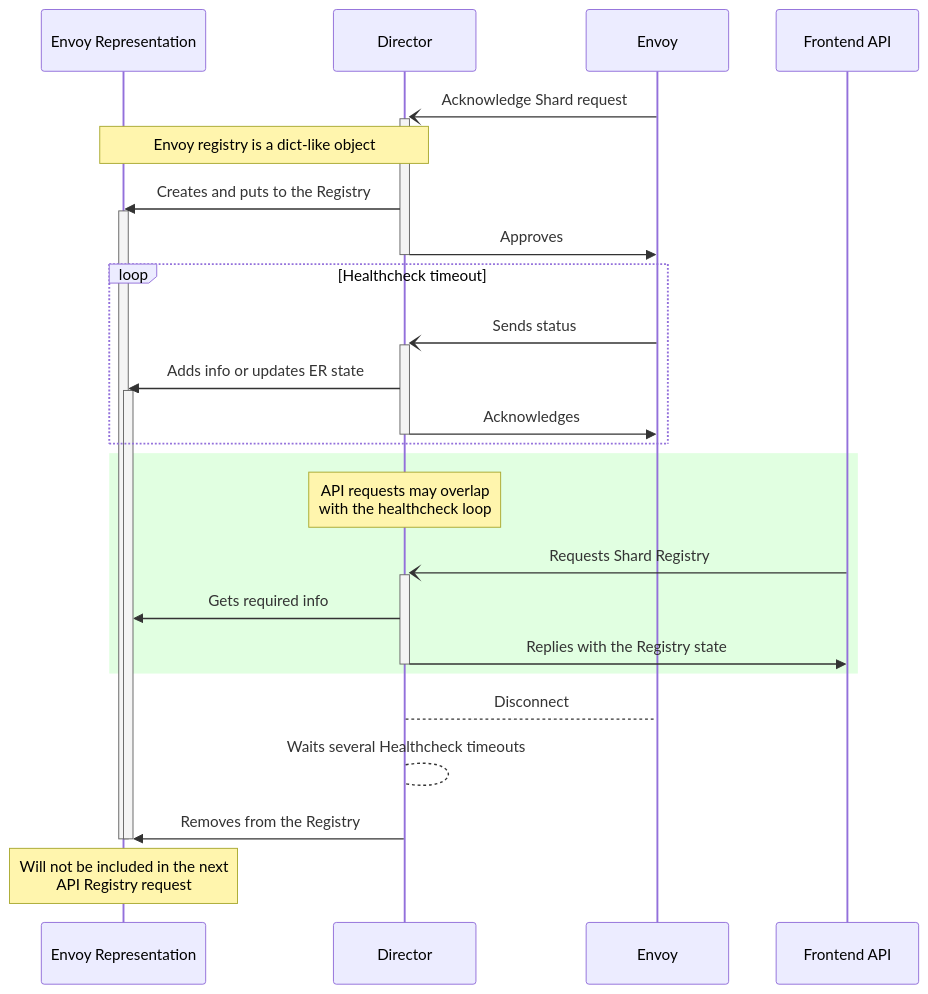
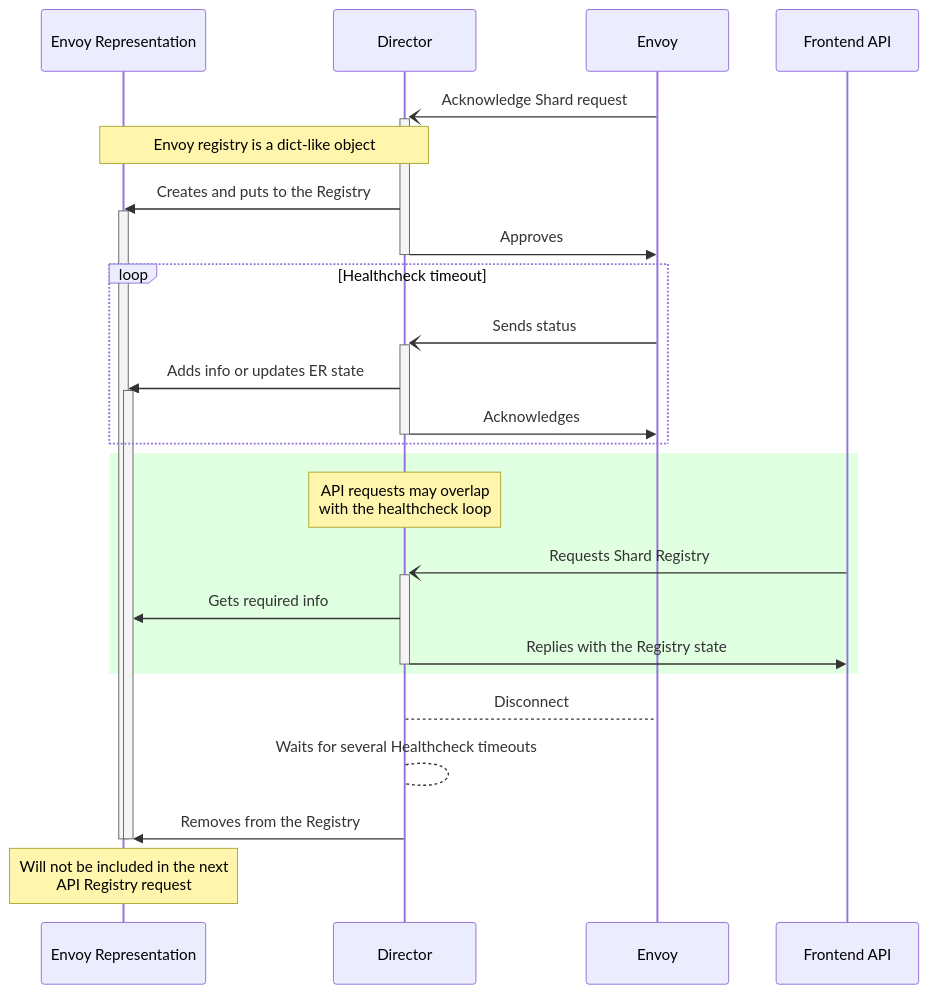
The diagram in docs/source/openfl/envoy_representation_and_RPCs.mmd (securefederatedai/openfl), drawn with Mermaid before and after one commit. The commit also changed 1 other file, not shown here.

```diff
--- a/docs/source/openfl/envoy_representation_and_RPCs.mmd
+++ b/docs/source/openfl/envoy_representation_and_RPCs.mmd
@@ -1,29 +1,29 @@
 sequenceDiagram
   participant ER as Envoy Representation
   participant D as Director
   participant E as Envoy
   participant F as Frontend API
 
   E-)+D: Acknowledge Shard request
   note over ER,D: Envoy registry is a dict-like object
   D->>ER: Creates and puts to the Registry
   activate ER
   D->>-E: Approves
   loop Healthcheck timeout
     E-)+D: Sends status
     D->>ER: Adds info or updates ER state
     activate ER
     D->>-E: Acknowledges
   end
   rect rgb(225, 255, 225)
     Note over D: API requests may overlap <br>with the healthcheck loop
     F-)+D: Requests Shard Registry
     D->>ER: Gets required info
     D->>-F: Replies with the Registry state
   end
   D-->E: Disconnect
-  D-->D: Waits several Healthcheck timeouts
+  D-->D: Waits for several Healthcheck timeouts
   D->>ER: Removes from the Registry
   deactivate ER
   deactivate ER
   Note over ER: Will not be included in the next <br>API Registry request
```
